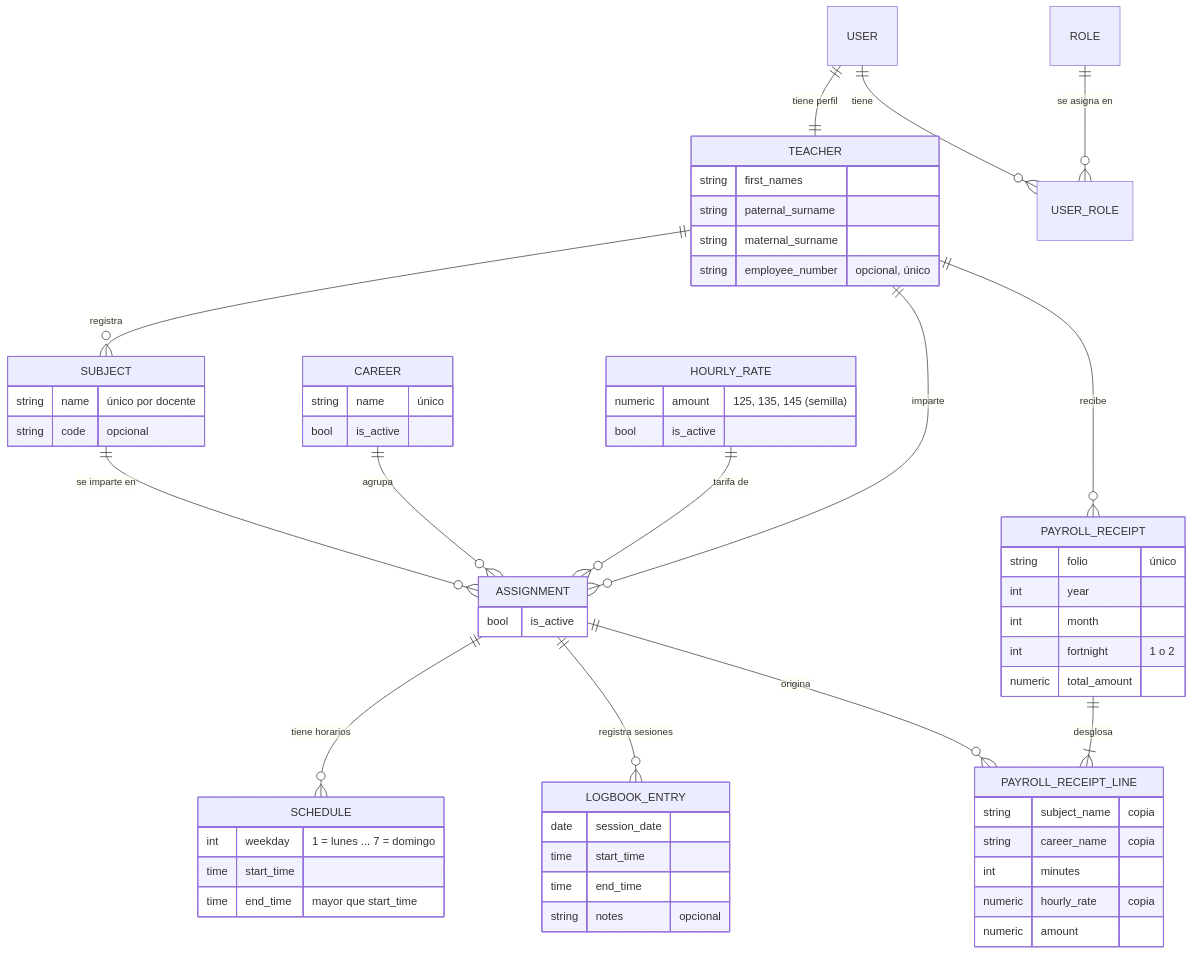
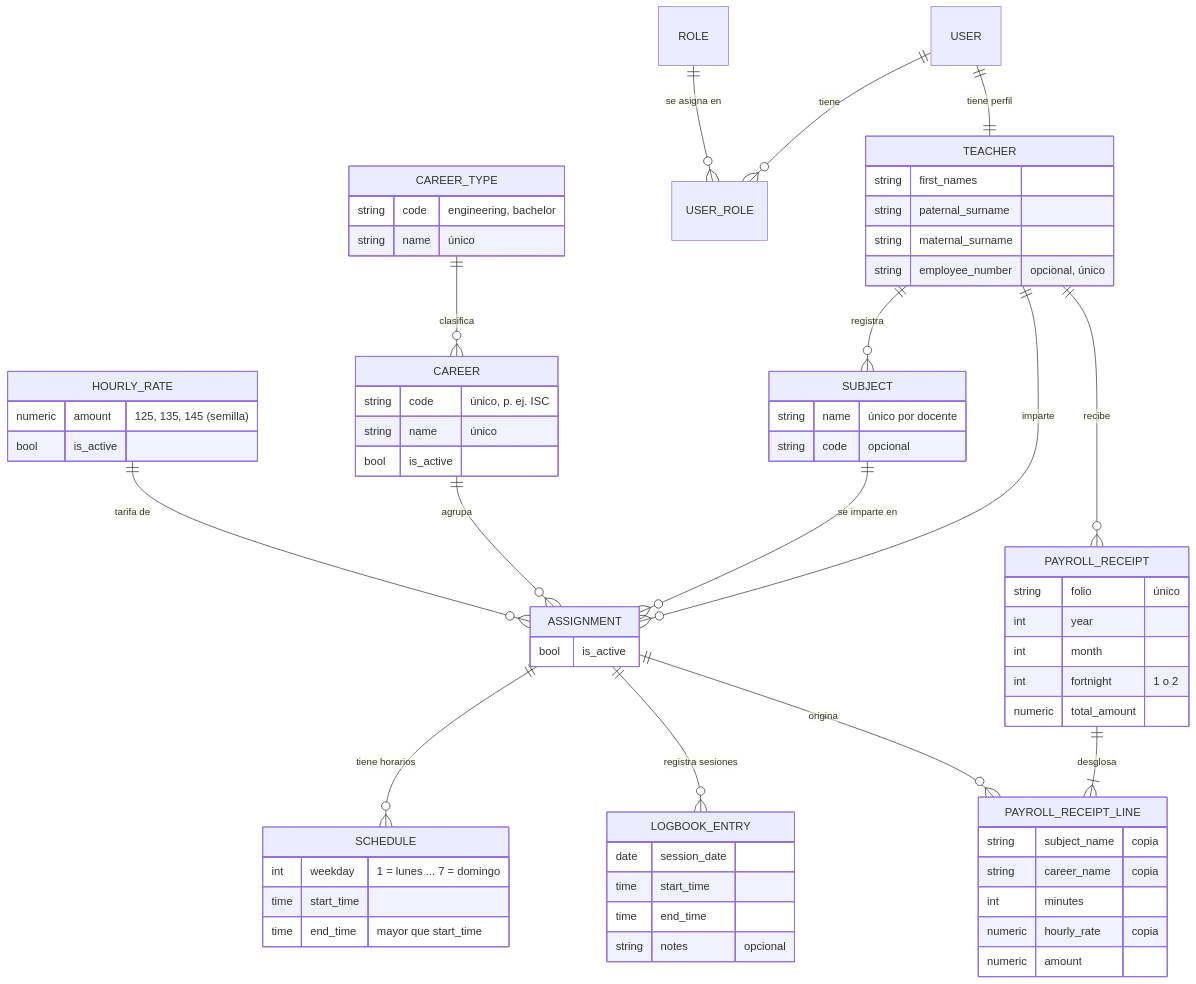
Before and after one commit to Joryox/nomina-docente: the sixth of 7 diagrams in docs/arquitectura.md, drawn with Mermaid. The commit also changed other lines of this file and 5 other files, not shown here.

````diff
--- a/docs/arquitectura.md
+++ b/docs/arquitectura.md
@@ -181,66 +183,72 @@
 ```mermaid
 erDiagram
     USER ||--|| TEACHER : "tiene perfil"
     USER ||--o{ USER_ROLE : "tiene"
     ROLE ||--o{ USER_ROLE : "se asigna en"
 
     TEACHER ||--o{ SUBJECT : "registra"
     TEACHER ||--o{ ASSIGNMENT : "imparte"
     SUBJECT ||--o{ ASSIGNMENT : "se imparte en"
     CAREER ||--o{ ASSIGNMENT : "agrupa"
     HOURLY_RATE ||--o{ ASSIGNMENT : "tarifa de"
+    CAREER_TYPE ||--o{ CAREER : "clasifica"
 
     ASSIGNMENT ||--o{ SCHEDULE : "tiene horarios"
     ASSIGNMENT ||--o{ LOGBOOK_ENTRY : "registra sesiones"
 
     TEACHER ||--o{ PAYROLL_RECEIPT : "recibe"
     PAYROLL_RECEIPT ||--|{ PAYROLL_RECEIPT_LINE : "desglosa"
     ASSIGNMENT ||--o{ PAYROLL_RECEIPT_LINE : "origina"
 
     TEACHER {
         string first_names
         string paternal_surname
         string maternal_surname
         string employee_number "opcional, único"
     }
+    CAREER_TYPE {
+        string code "engineering, bachelor"
+        string name "único"
+    }
     CAREER {
+        string code "único, p. ej. ISC"
         string name "único"
         bool is_active
     }
     SUBJECT {
         string name "único por docente"
         string code "opcional"
     }
     HOURLY_RATE {
         numeric amount "125, 135, 145 (semilla)"
         bool is_active
     }
     ASSIGNMENT {
         bool is_active
     }
     SCHEDULE {
         int weekday "1 = lunes ... 7 = domingo"
         time start_time
         time end_time "mayor que start_time"
     }
     LOGBOOK_ENTRY {
         date session_date
         time start_time
         time end_time
         string notes "opcional"
     }
     PAYROLL_RECEIPT {
         string folio "único"
         int year
         int month
         int fortnight "1 o 2"
         numeric total_amount
     }
     PAYROLL_RECEIPT_LINE {
         string subject_name "copia"
         string career_name "copia"
         int minutes
         numeric hourly_rate "copia"
         numeric amount
     }
 ```
````
